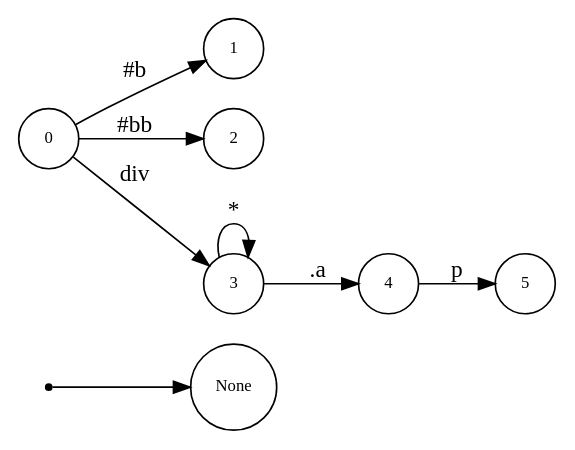
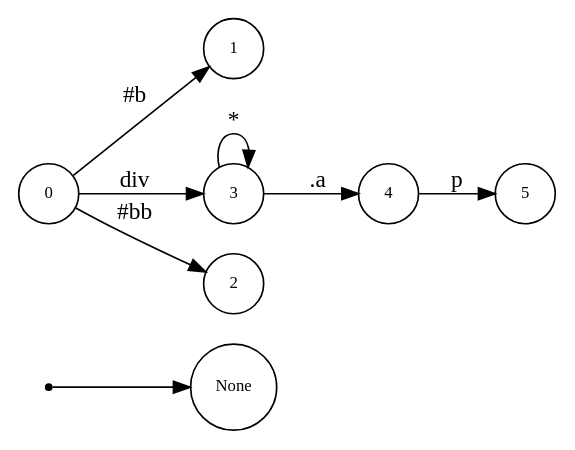
The diagram in css-gen-op/testcase/dot.dot (asukaminato0721/css-bitvector-compiler), drawn with Graphviz before and after one commit. The commit also changed other lines of this file and 22 other files, not shown here.

```diff
--- a/css-gen-op/testcase/dot.dot
+++ b/css-gen-op/testcase/dot.dot
@@ -1,19 +1,19 @@
 digraph NFA {
   rankdir=LR;
   node [shape=circle, fontsize=10];
   __start [shape=point, label=""];
   __start -> None;
+  4 [label="4"];
+  1 [label="1"];
   0 [label="0"];
-  1 [label="1"];
+  3 [label="3"];
+  5 [label="5"];
   2 [label="2"];
-  3 [label="3"];
-  4 [label="4"];
-  5 [label="5"];
   { node [shape=doublecircle]; 1 2 5 }
   0 -> 1 [label="#b"];
   0 -> 2 [label="#bb"];
   0 -> 3 [label="div"];
   3 -> 3 [label="*"];
   3 -> 4 [label=".a"];
   4 -> 5 [label="p"];
 }
```
